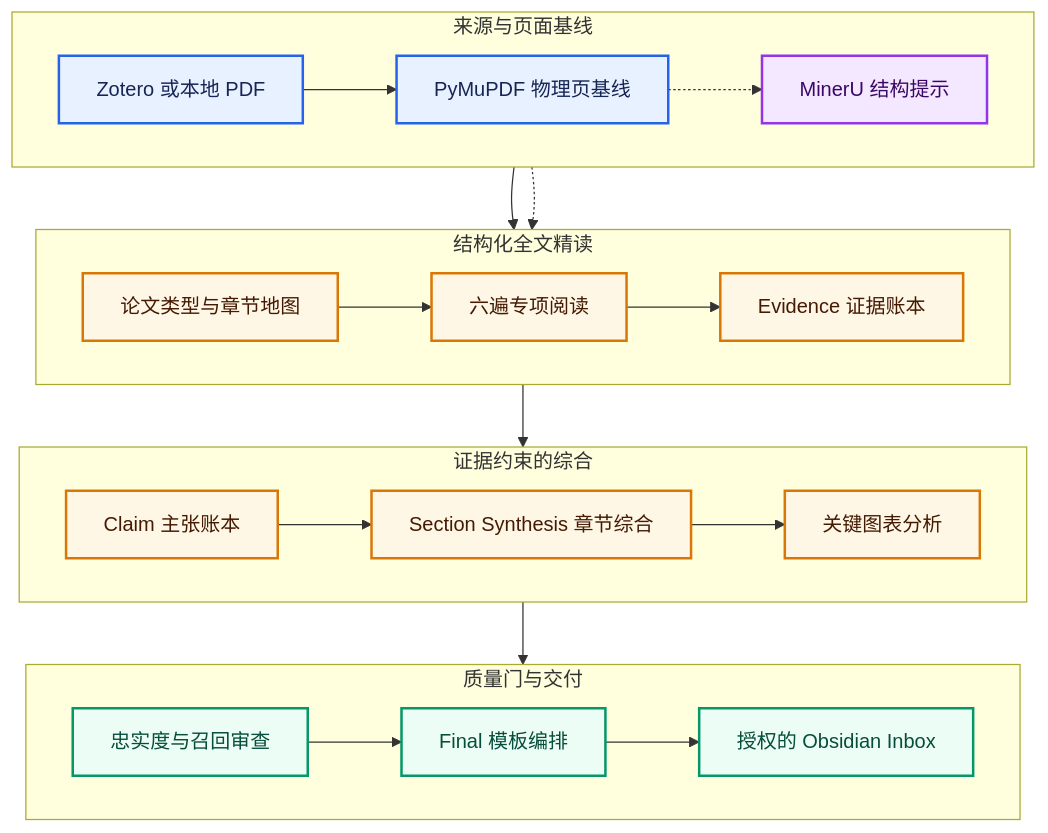
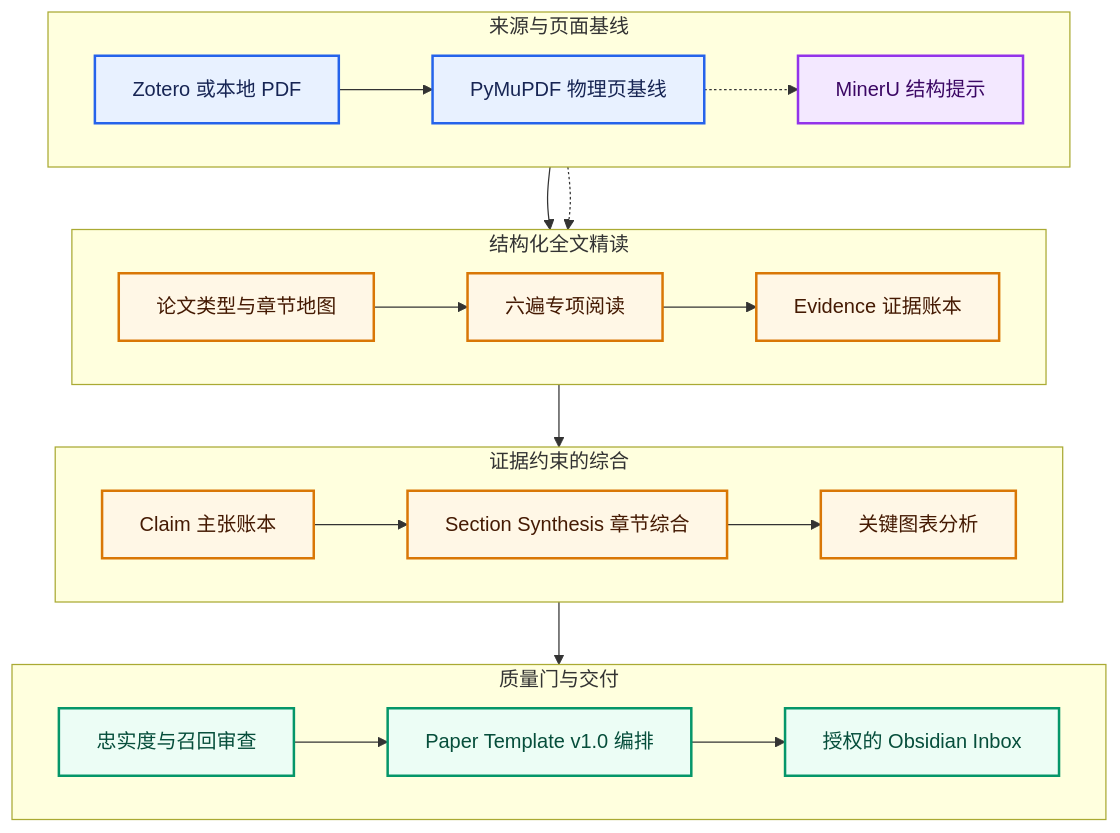
Before and after one commit to xieyf1024/Litanchor-paper-reading: the diagram in README.md, drawn with Mermaid. The commit also changed other lines of this file and 49 other files, not shown here.

````diff
--- a/README.md
+++ b/README.md
@@ -43,37 +53,37 @@
 ```mermaid
 flowchart TB
     subgraph grounding["来源与页面基线"]
         direction LR
         source["Zotero 或本地 PDF"] --> pages["PyMuPDF 物理页基线"]
         pages -.-> mineru["MinerU 结构提示"]
     end
 
     subgraph reading["结构化全文精读"]
         direction LR
         profile["论文类型与章节地图"] --> passes["六遍专项阅读"] --> evidence["Evidence 证据账本"]
     end
 
     subgraph synthesis["证据约束的综合"]
         direction LR
         claims["Claim 主张账本"] --> sections["Section Synthesis 章节综合"] --> visuals["关键图表分析"]
     end
 
     subgraph delivery["质量门与交付"]
         direction LR
-        review["忠实度与召回审查"] --> compose["Final 模板编排"] --> obsidian["授权的 Obsidian Inbox"]
+        review["忠实度与召回审查"] --> compose["Paper Template v1.0 编排"] --> obsidian["授权的 Obsidian Inbox"]
     end
 
     pages --> profile
     mineru -.-> profile
     evidence --> claims
     visuals --> review
 
     classDef sourceLayer fill:#E8F1FF,stroke:#2563EB,stroke-width:2px,color:#172554
     classDef assistLayer fill:#F3E8FF,stroke:#9333EA,stroke-width:2px,color:#3B0764
     classDef knowledgeLayer fill:#FFF7E6,stroke:#D97706,stroke-width:2px,color:#451A03
     classDef qualityLayer fill:#ECFDF5,stroke:#059669,stroke-width:2px,color:#064E3B
     class source,pages sourceLayer
     class mineru assistLayer
     class profile,passes,evidence,claims,sections,visuals knowledgeLayer
     class review,compose,obsidian qualityLayer
 ```
````
